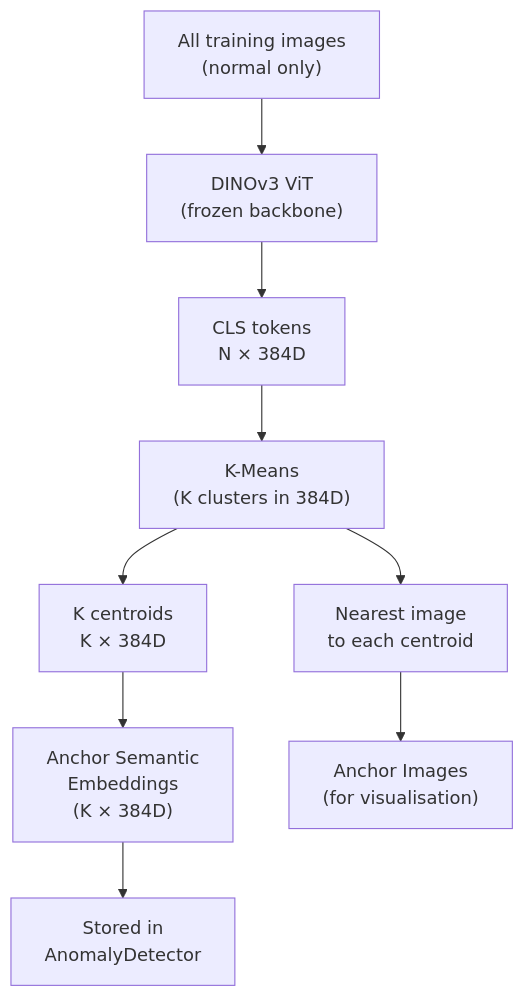
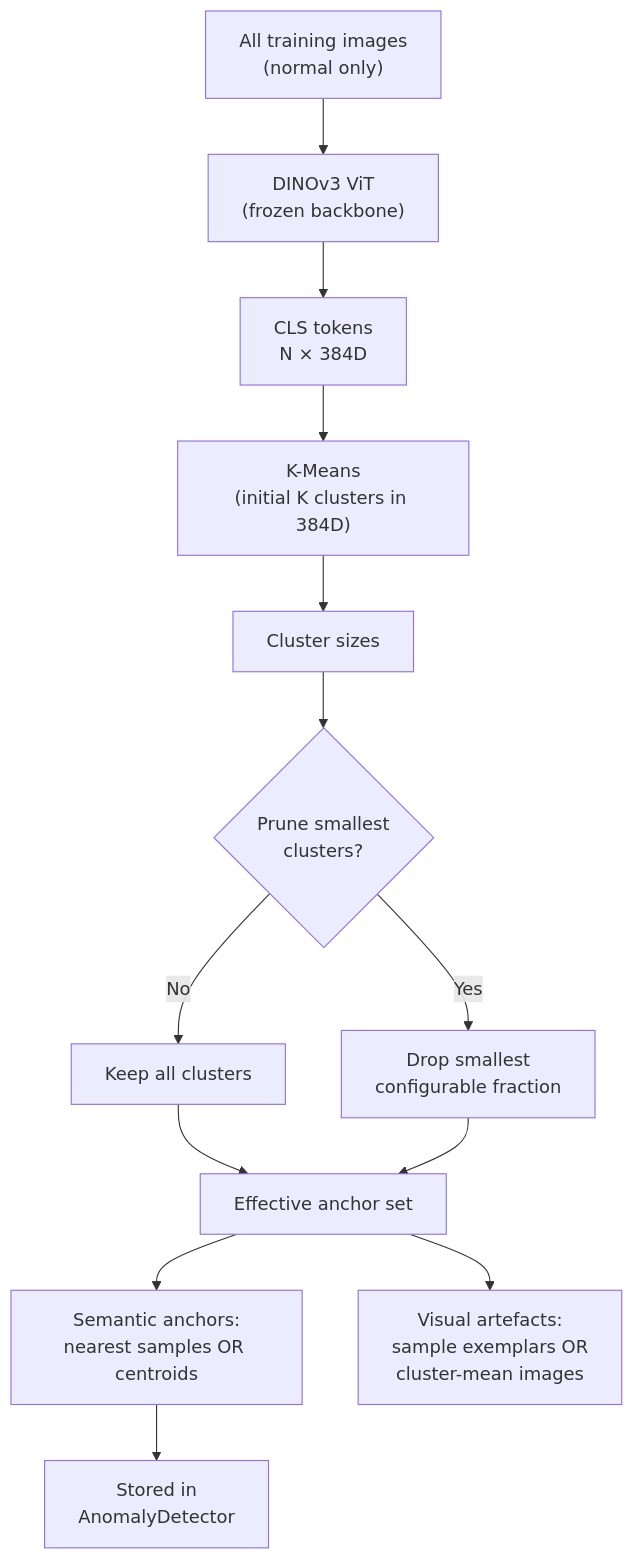
Before and after one commit to AlexPascu001/medical-ad: the third of 11 diagrams in docs/PIPELINE.md, drawn with Mermaid. The commit also changed other lines of this file and 213 other files, not shown here.

````diff
--- a/docs/PIPELINE.md
+++ b/docs/PIPELINE.md
@@ -72,11 +72,15 @@
 ```mermaid
 flowchart TD
     A["All training images<br/>(normal only)"] --> B["DINOv3 ViT<br/>(frozen backbone)"]
     B --> C["CLS tokens<br/>N × 384D"]
-    C --> D["K-Means<br/>(K clusters in 384D)"]
-    D --> E["K centroids<br/>K × 384D"]
-    D --> F["Nearest image<br/>to each centroid"]
-    E --> G["Anchor Semantic<br/>Embeddings<br/>(K × 384D)"]
-    F --> H["Anchor Images<br/>(for visualisation)"]
-    G --> I["Stored in<br/>AnomalyDetector"]
+    C --> D["K-Means<br/>(initial K clusters in 384D)"]
+    D --> E["Cluster sizes"]
+    E --> F{"Prune smallest<br/>clusters?"}
+    F -->|No| G["Keep all clusters"]
+    F -->|Yes| H["Drop smallest<br/>configurable fraction"]
+    G --> I["Effective anchor set"]
+    H --> I
+    I --> J["Semantic anchors:<br/>nearest samples OR centroids"]
+    I --> K["Visual artefacts:<br/>sample exemplars OR<br/>cluster-mean images"]
+    J --> L["Stored in<br/>AnomalyDetector"]
 ```
````
